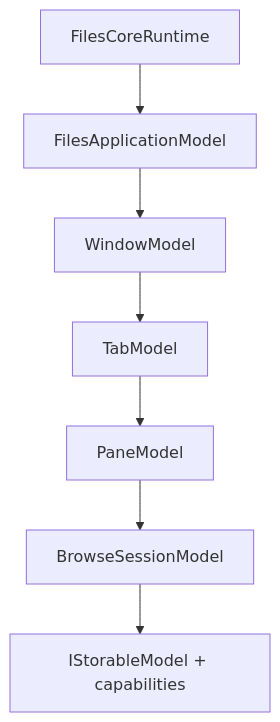
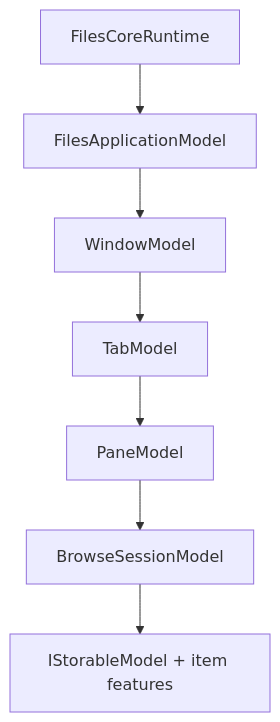
One commit to 0x5bfa/Files changed the diagram in src/Files.Core/README.md. Above: the diagram before and after it, drawn with Mermaid. The commit also changed other lines of this file and 260 other files, not shown here.

Commit message:
Simplify Files.Core architecture terminology

````diff
--- a/src/Files.Core/README.md
+++ b/src/Files.Core/README.md
@@ -30,17 +30,17 @@
 ```mermaid
 flowchart TB
     Runtime["FilesCoreRuntime"]
     App["FilesApplicationModel"]
     Window["WindowModel"]
     Tab["TabModel"]
     Pane["PaneModel"]
     Session["BrowseSessionModel"]
-    Items["IStorableModel + capabilities"]
+    Items["IStorableModel + item features"]
 
     Runtime --> App
     App --> Window
     Window --> Tab
     Tab --> Pane
     Pane --> Session
     Session --> Items
 ```
````
